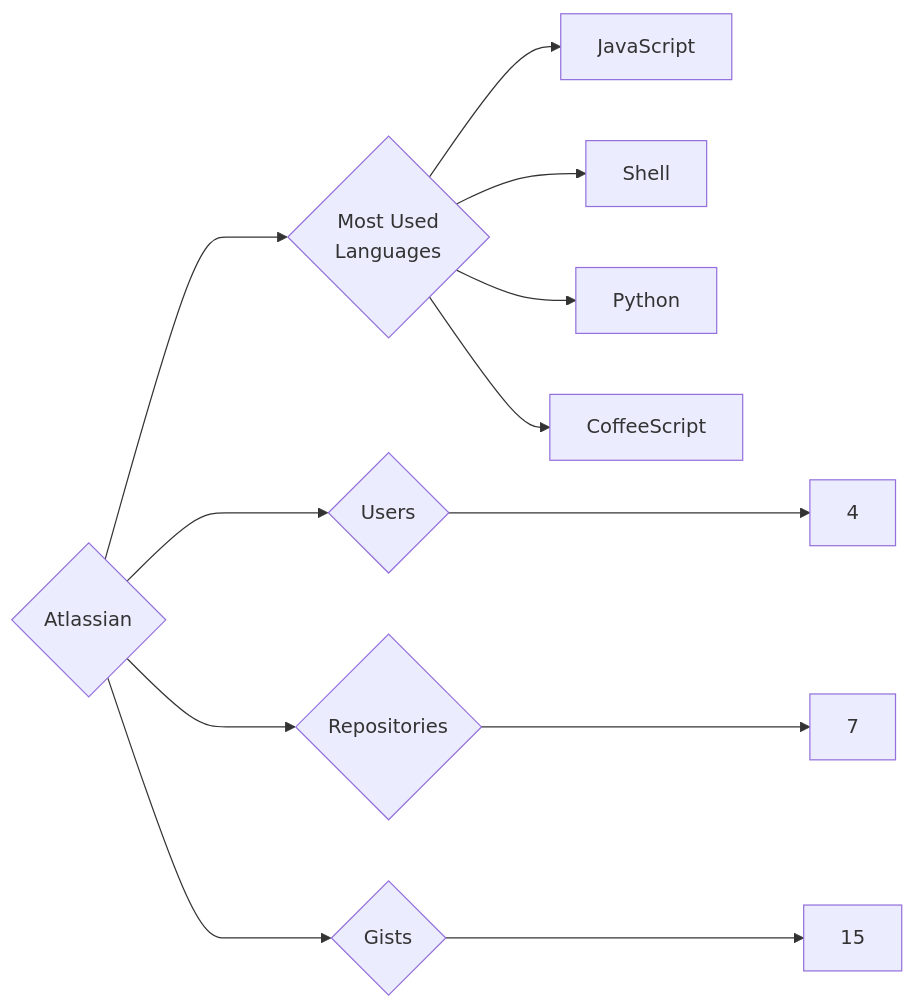
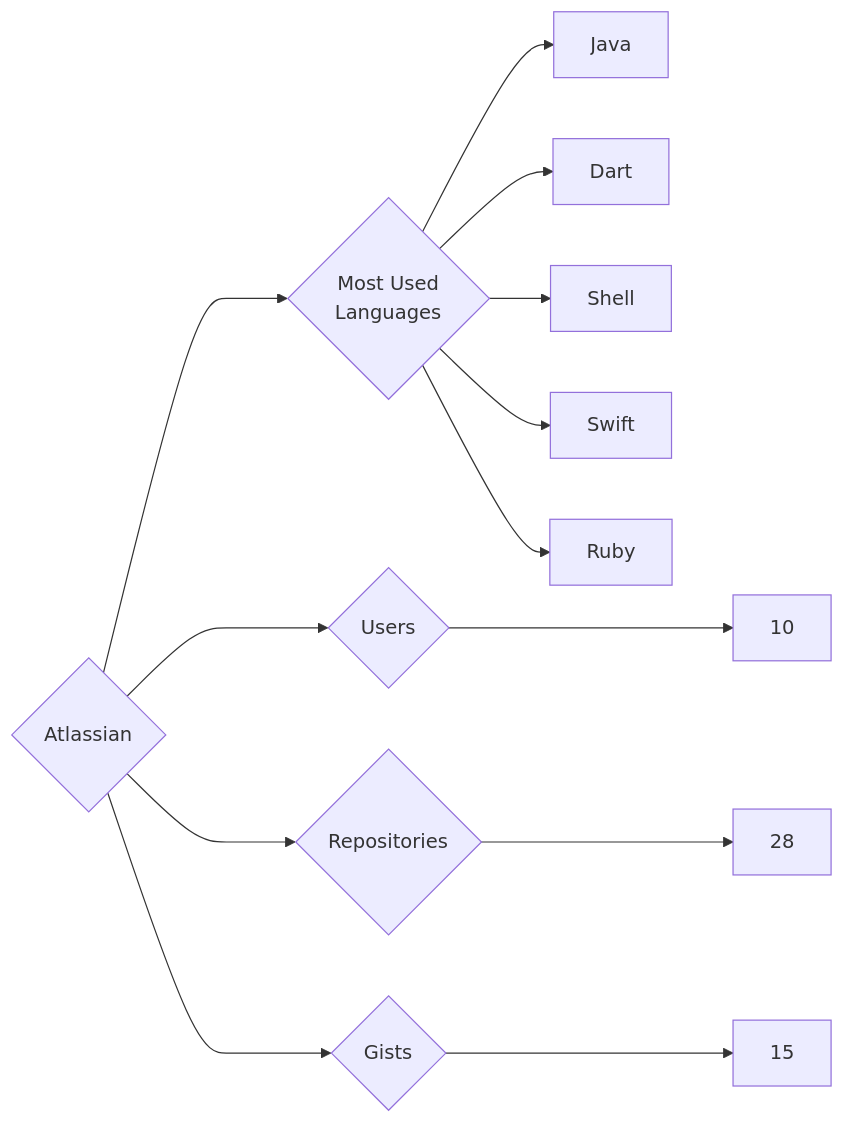
Before and after one commit to trickest/insiders: the diagram in targets/Atlassian/README.md, drawn with Mermaid. The commit also changed 933 other files, not shown here.

````diff
--- a/targets/Atlassian/README.md
+++ b/targets/Atlassian/README.md
@@ -3,12 +3,13 @@
 ```mermaid
 graph LR
 COMPANY_NAME{Atlassian}
-COMPANY_NAME ---> U{Users} ---> UN[4]
-COMPANY_NAME ---> R{Repositories} ---> RN[7]
+COMPANY_NAME ---> U{Users} ---> UN[10]
+COMPANY_NAME ---> R{Repositories} ---> RN[28]
 COMPANY_NAME ---> G{Gists} ---> GN[15]
 COMPANY_NAME ---> ML{Most Used<br>Languages}
-ML --> JavaScript[JavaScript]
+ML --> Java[Java]
+ML --> Dart[Dart]
 ML --> Shell[Shell]
-ML --> Python[Python]
-ML --> CoffeeScript[CoffeeScript]
+ML --> Swift[Swift]
+ML --> Ruby[Ruby]
 ```
````
